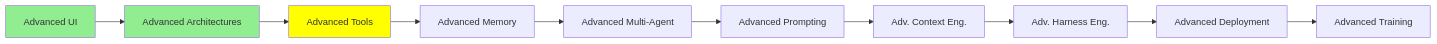
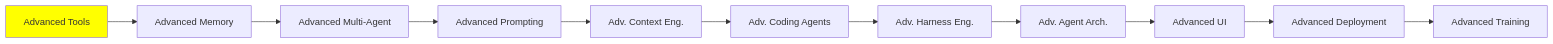
Before and after one commit to lokumai/ai-engineering-bazaar: the diagram in mini-courses/3_expert/advanced_tools.md, drawn with Mermaid. The commit also changed 99 other files, not shown here.

````diff
--- a/mini-courses/3_expert/advanced_tools.md
+++ b/mini-courses/3_expert/advanced_tools.md
@@ -15,15 +15,14 @@
 ```mermaid
 graph LR
-    A[Advanced UI] --> B[Advanced Architectures]
-    B --> C[Advanced Tools]
-    C --> D[Advanced Memory]
-    D --> E[Advanced Multi-Agent]
-    E --> F[Advanced Prompting]
-    F --> G[Adv. Context Eng.]
-    G --> H[Adv. Harness Eng.]
-    H --> I[Advanced Deployment]
-    I --> J[Advanced Training]
-    style A fill:#90EE90
-    style B fill:#90EE90
-    style C fill:#FFFF00
+    A[Advanced Tools] --> B[Advanced Memory]
+    B --> C[Advanced Multi-Agent]
+    C --> D[Advanced Prompting]
+    D --> E[Adv. Context Eng.]
+    E --> F[Adv. Coding Agents]
+    F --> G[Adv. Harness Eng.]
+    G --> H[Adv. Agent Arch.]
+    H --> I[Advanced UI]
+    I --> J[Advanced Deployment]
+    J --> K[Advanced Training]
+    style A fill:#FFFF00
 ```
````
